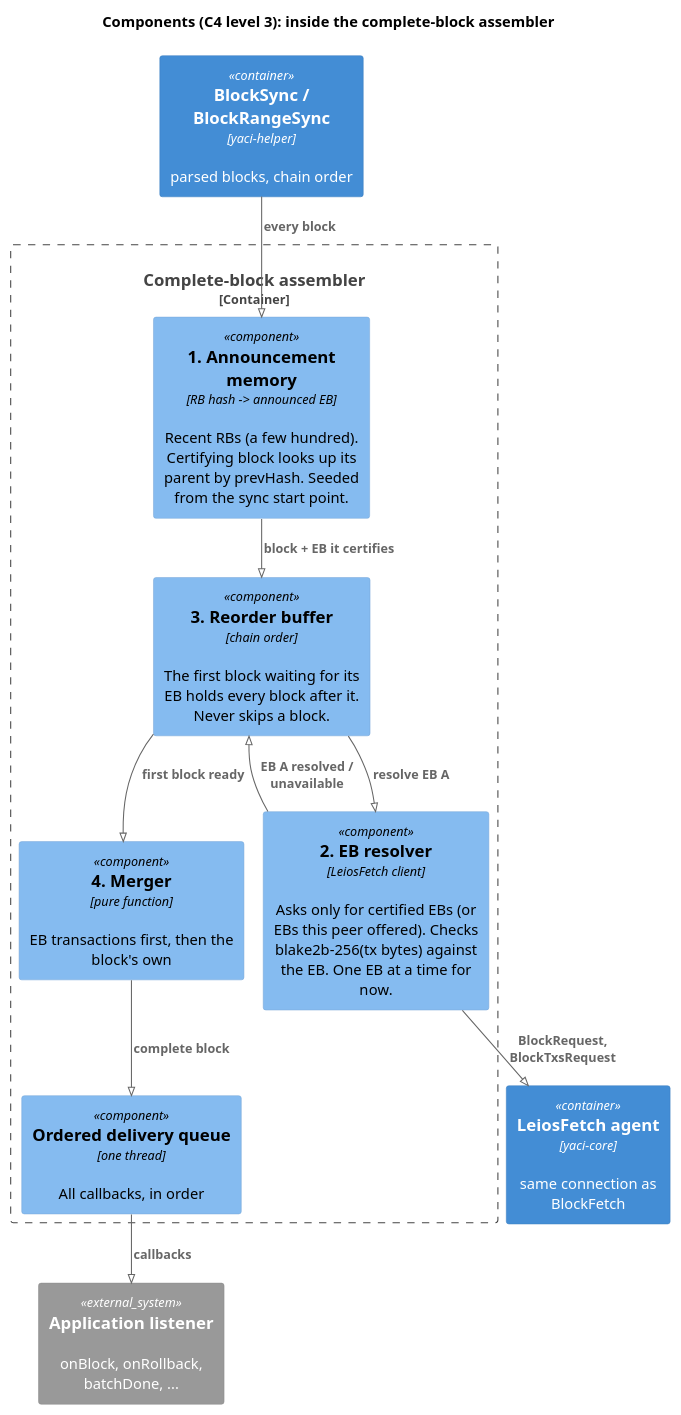
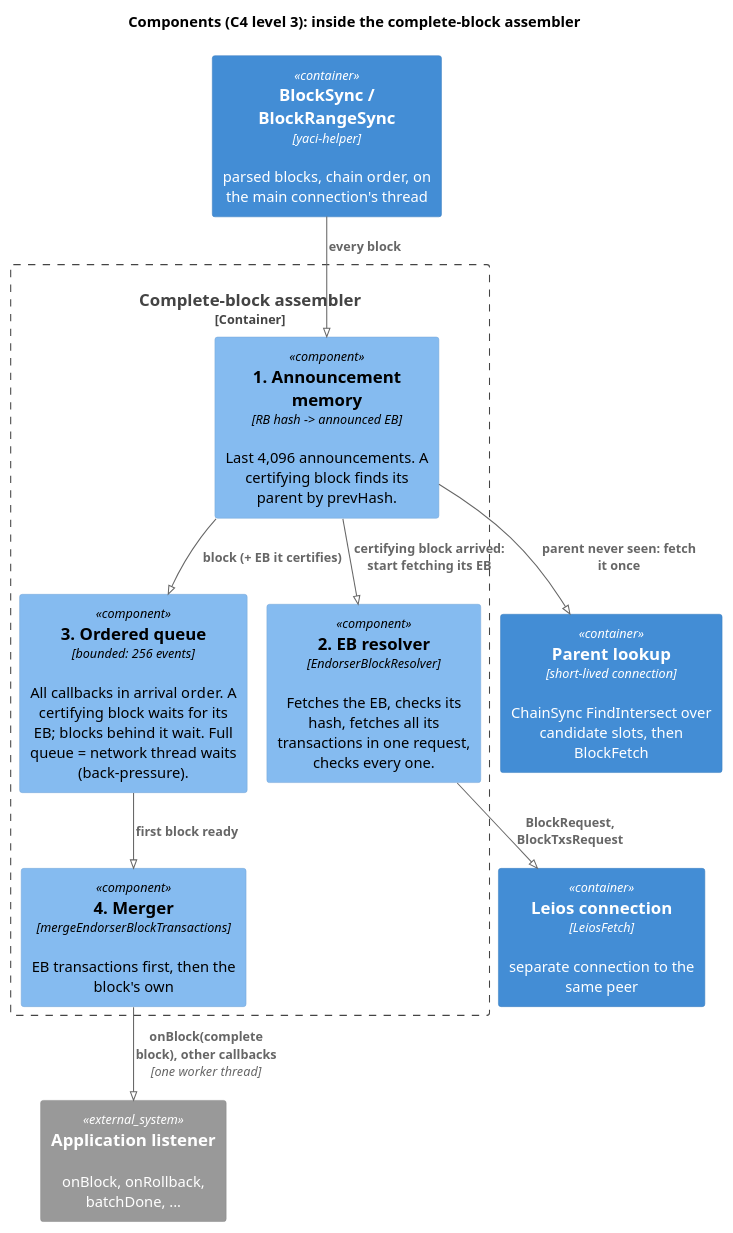
One commit to bloxbean/yaci changed the diagram in docs/leios/diagrams/3-c4-component.puml. Above: the diagram before and after it, drawn with PlantUML. The commit also changed 17 other files, not shown here.

First line of the commit message:
docs: ADR 0013 and design updated to the implementation; usage guide for complete blocks

```diff
--- a/docs/leios/diagrams/3-c4-component.puml
+++ b/docs/leios/diagrams/3-c4-component.puml
@@ -1,27 +1,26 @@
 @startuml 3-c4-component
 !pragma layout smetana
 !include <C4/C4_Component>
 LAYOUT_TOP_DOWN()
 title Components (C4 level 3): inside the complete-block assembler
 
-Container(sync, "BlockSync / BlockRangeSync", "yaci-helper", "parsed blocks, chain order")
-Container(fetch, "LeiosFetch agent", "yaci-core", "same connection as BlockFetch")
+Container(sync, "BlockSync / BlockRangeSync", "yaci-helper", "parsed blocks, chain order, on the main connection's thread")
+Container(leios, "Leios connection", "LeiosFetch", "separate connection to the same peer")
+Container(lookup, "Parent lookup", "short-lived connection", "ChainSync FindIntersect over candidate slots, then BlockFetch")
 System_Ext(app, "Application listener", "onBlock, onRollback, batchDone, ...")
 
 Container_Boundary(asm, "Complete-block assembler") {
-  Component(mem, "1. Announcement memory", "RB hash -> announced EB", "Recent RBs (a few hundred). Certifying block looks up its parent by prevHash. Seeded from the sync start point.")
-  Component(buf, "3. Reorder buffer", "chain order", "The first block waiting for its EB holds every block after it. Never skips a block.")
-  Component(res, "2. EB resolver", "LeiosFetch client", "Asks only for certified EBs (or EBs this peer offered). Checks blake2b-256(tx bytes) against the EB. One EB at a time for now.")
-  Component(mrg, "4. Merger", "pure function", "EB transactions first, then the block's own")
-  Component(q, "Ordered delivery queue", "one thread", "All callbacks, in order")
+  Component(mem, "1. Announcement memory", "RB hash -> announced EB", "Last 4,096 announcements. A certifying block finds its parent by prevHash.")
+  Component(res, "2. EB resolver", "EndorserBlockResolver", "Fetches the EB, checks its hash, fetches all its transactions in one request, checks every one.")
+  Component(q, "3. Ordered queue", "bounded: 256 events", "All callbacks in arrival order. A certifying block waits for its EB; blocks behind it wait. Full queue = network thread waits (back-pressure).")
+  Component(mrg, "4. Merger", "mergeEndorserBlockTransactions", "EB transactions first, then the block's own")
 }
 
 Rel(sync, mem, "every block")
-Rel(mem, buf, "block + EB it certifies")
-Rel(buf, res, "resolve EB A")
-Rel(res, buf, "EB A resolved / unavailable")
-Rel(res, fetch, "BlockRequest, BlockTxsRequest")
-Rel(buf, mrg, "first block ready")
-Rel(mrg, q, "complete block")
-Rel(q, app, "callbacks")
+Rel(mem, q, "block (+ EB it certifies)")
+Rel(mem, res, "certifying block arrived: start fetching its EB")
+Rel(mem, lookup, "parent never seen: fetch it once")
+Rel(res, leios, "BlockRequest, BlockTxsRequest")
+Rel(q, mrg, "first block ready")
+Rel(mrg, app, "onBlock(complete block), other callbacks", "one worker thread")
 @enduml
```
